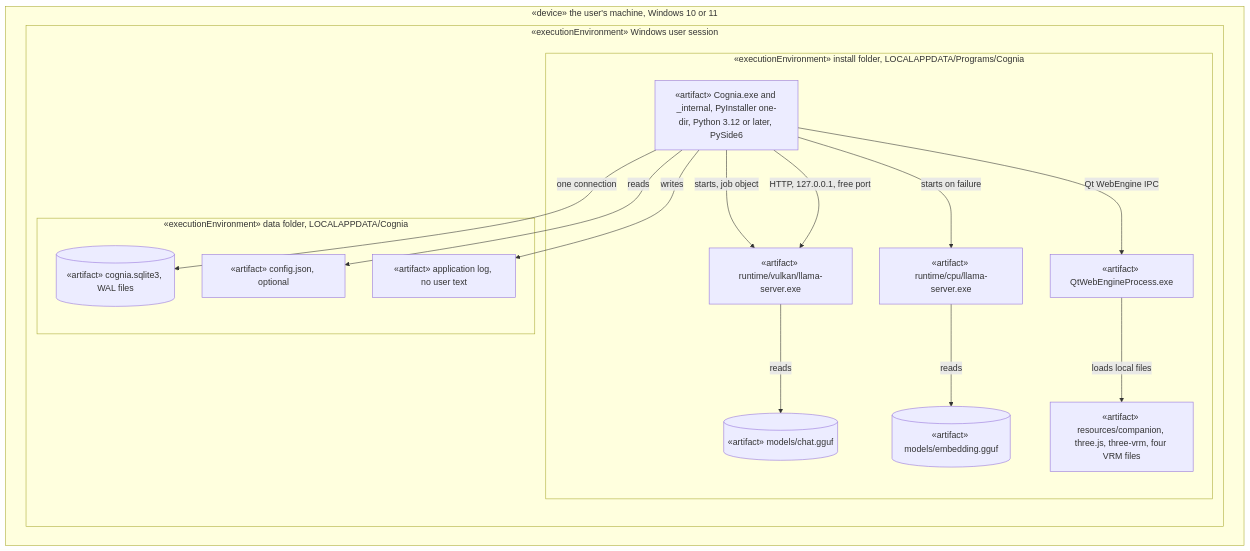
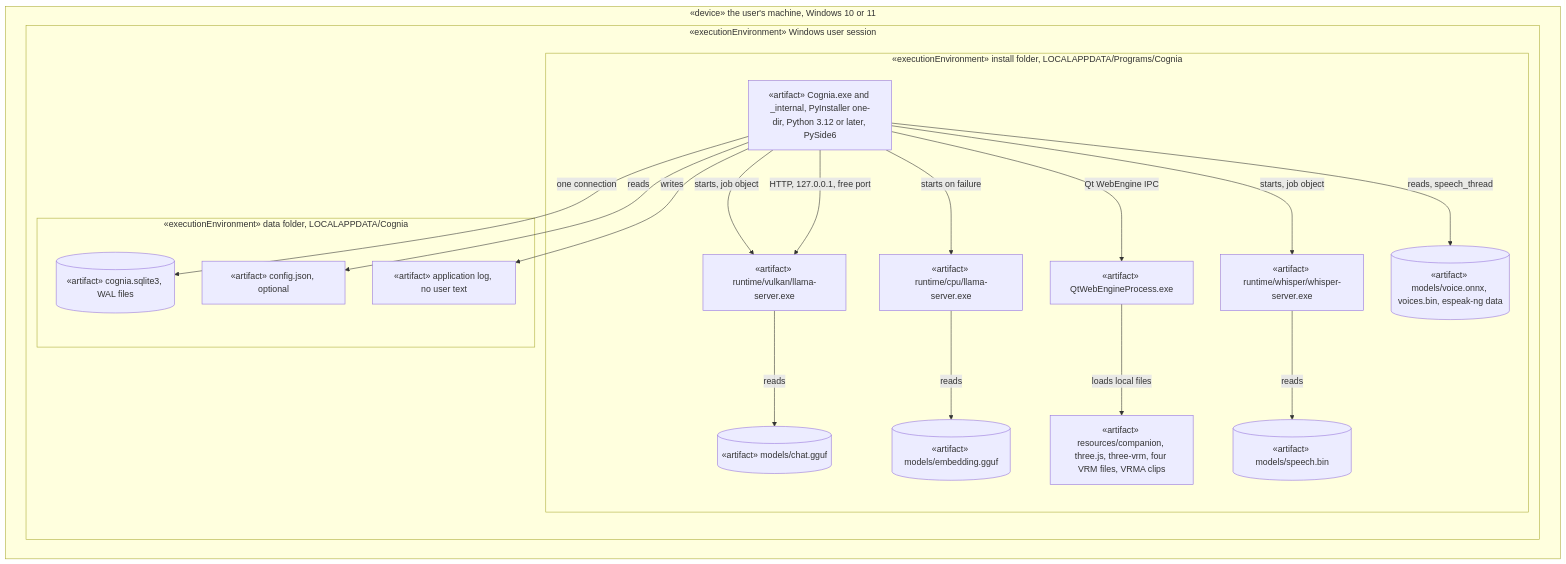
Before and after one commit to NguyenVu04/cognia: diagram 48 of 48 in docs/architecture/ARCHITECTURE.md, drawn with Mermaid. The commit also changed other lines of this file and 83 other files, not shown here.

Commit message:
feat(adr): add new ADRs for runtime tools and voice input/output; revise existing ADR chore(sonar): update sonar project properties to streamline source and test paths

````diff
--- a/docs/architecture/ARCHITECTURE.md
+++ b/docs/architecture/ARCHITECTURE.md
@@ -2666,33 +2839,39 @@
 ```mermaid
 flowchart TB
     subgraph machine["«device» the user's machine, Windows 10 or 11"]
         subgraph session["«executionEnvironment» Windows user session"]
             subgraph program["«executionEnvironment» install folder, LOCALAPPDATA/Programs/Cognia"]
                 app_exe["«artifact» Cognia.exe and _internal, PyInstaller one-dir, Python 3.12 or later, PySide6"]
                 web_exe["«artifact» QtWebEngineProcess.exe"]
-                page["«artifact» resources/companion, three.js, three-vrm, four VRM files"]
+                page["«artifact» resources/companion, three.js, three-vrm, four VRM files, VRMA clips"]
                 vulkan["«artifact» runtime/vulkan/llama-server.exe"]
                 cpu["«artifact» runtime/cpu/llama-server.exe"]
+                whisper["«artifact» runtime/whisper/whisper-server.exe"]
                 chat_model[("«artifact» models/chat.gguf")]
                 embed_model[("«artifact» models/embedding.gguf")]
+                speech_model[("«artifact» models/speech.bin")]
+                voice_model[("«artifact» models/voice.onnx, voices.bin, espeak-ng data")]
             end
 
             subgraph data["«executionEnvironment» data folder, LOCALAPPDATA/Cognia"]
                 db[("«artifact» cognia.sqlite3, WAL files")]
                 config["«artifact» config.json, optional"]
                 logs["«artifact» application log, no user text"]
             end
         end
     end
 
     app_exe -->|"starts, job object"| vulkan
     app_exe -->|"starts on failure"| cpu
     vulkan -->|"reads"| chat_model
     cpu -->|"reads"| embed_model
     app_exe -->|"HTTP, 127.0.0.1, free port"| vulkan
     app_exe -->|"Qt WebEngine IPC"| web_exe
     web_exe -->|"loads local files"| page
+    app_exe -->|"starts, job object"| whisper
+    whisper -->|"reads"| speech_model
+    app_exe -->|"reads, speech_thread"| voice_model
     app_exe -->|"one connection"| db
     app_exe -->|"reads"| config
     app_exe -->|"writes"| logs
 ```
````
